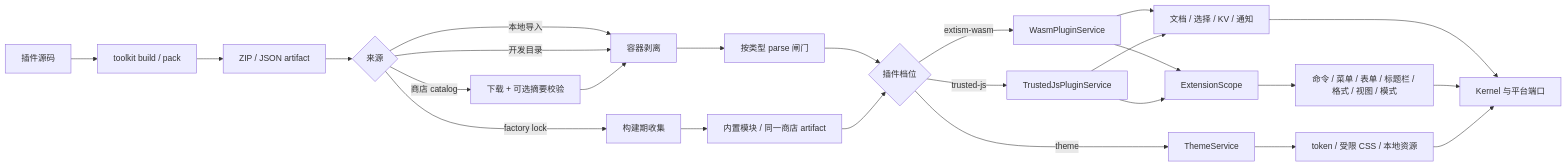
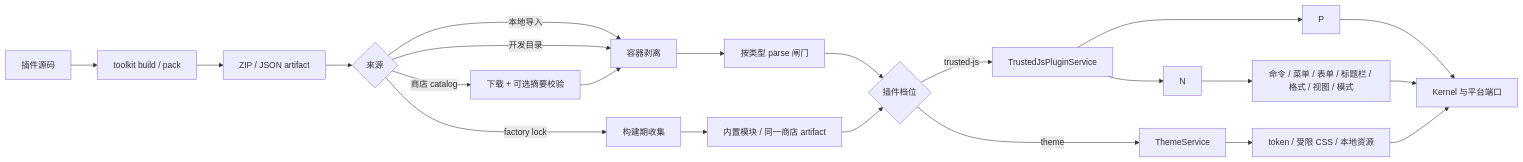
The first of 4 diagrams in PLUGIN.md (Xionghaizi001/amll-ttml-tool), drawn with Mermaid before and after one commit. The commit also changed other lines of this file and 115 other files, not shown here.

Commit message:
plugin: remove wasm runtime and examples, trimmed form capabilities

````diff
--- a/PLUGIN.md
+++ b/PLUGIN.md
@@ -34,27 +34,24 @@
 ```mermaid
 flowchart LR
     A[插件源码] --> B[toolkit build / pack]
     B --> C[ZIP / JSON artifact]
     C --> D{来源}
     D -->|本地导入| E[容器剥离]
     D -->|商店 catalog| F[下载 + 可选摘要校验]
     D -->|开发目录| E
     D -->|factory lock| G[构建期收集]
     F --> E
     G --> H[内置模块 / 同一商店 artifact]
     E --> I[按类型 parse 闸门]
     I --> J{插件档位}
     H --> J
-    J -->|extism-wasm| K[WasmPluginService]
     J -->|trusted-js| L[TrustedJsPluginService]
     J -->|theme| M[ThemeService]
-    K --> N[ExtensionScope]
     L --> N
     N --> O[命令 / 菜单 / 表单 / 标题栏 / 格式 / 视图 / 模式]
-    K --> P[文档 / 选择 / KV / 通知]
     L --> P
     M --> Q[token / 受限 CSS / 本地资源]
     P --> R[Kernel 与平台端口]
     O --> R
     Q --> R
 ```
````
